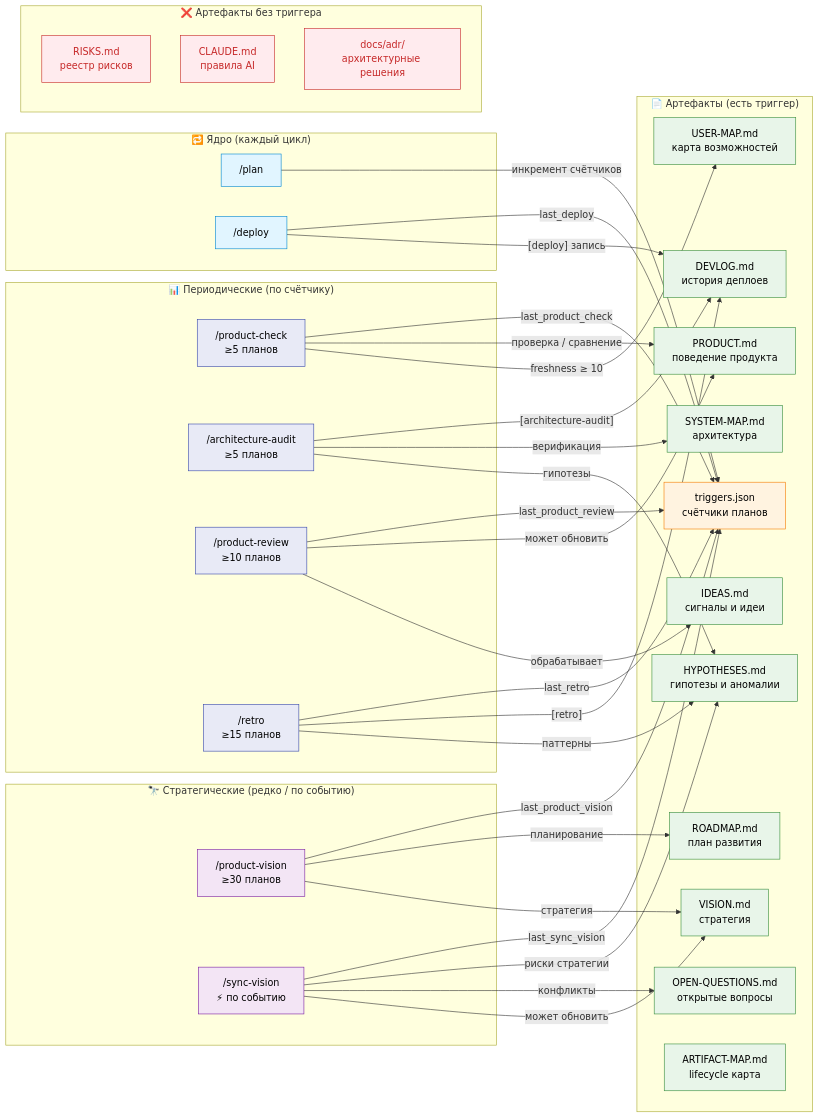
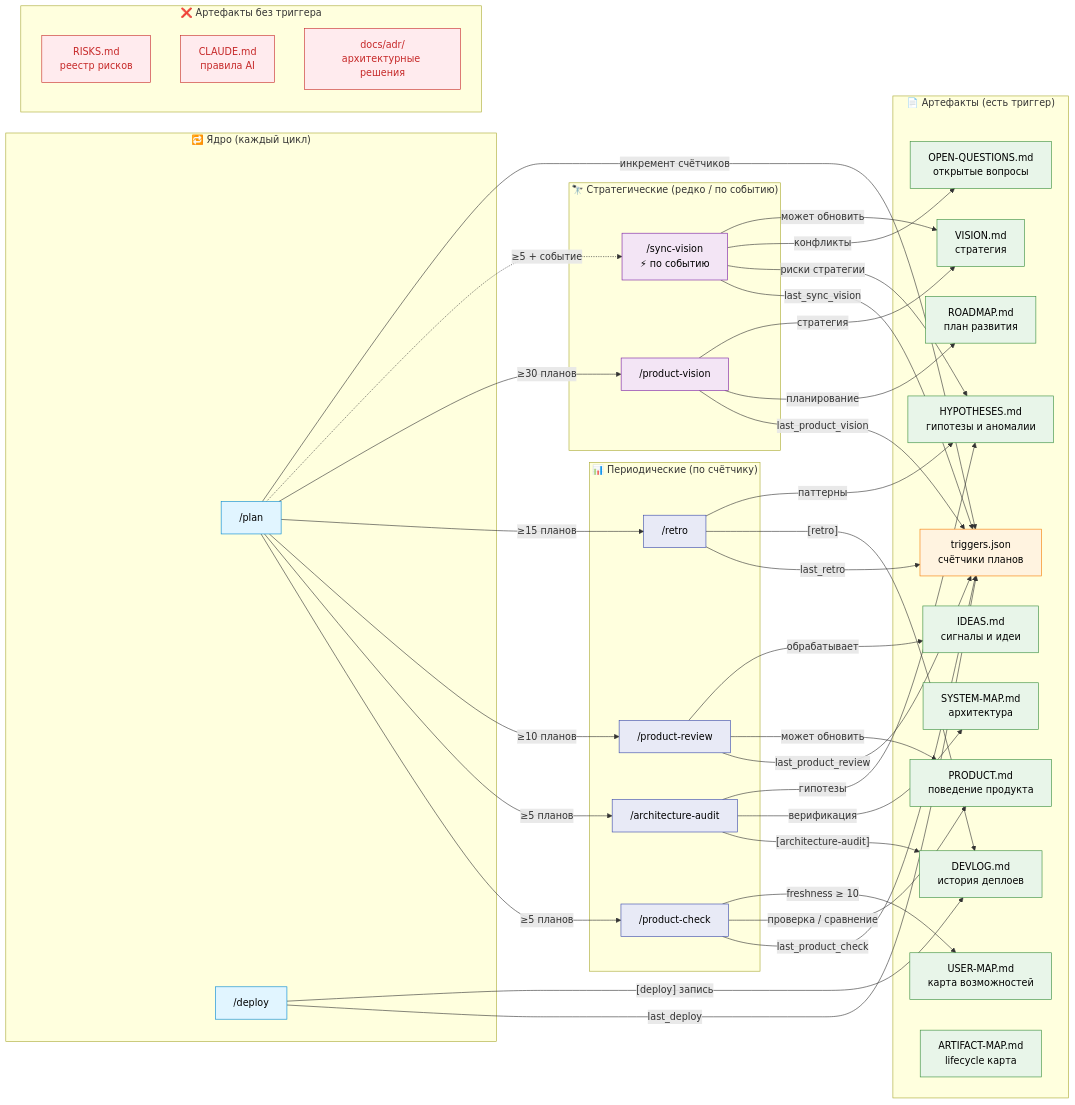
One commit to cait-solutions/it-dev-methodology changed the diagram in docs/product/ARTIFACT-MAP.md. Above: the diagram before and after it, drawn with Mermaid. The commit also changed 4 other files, not shown here.

````diff
--- a/docs/product/ARTIFACT-MAP.md
+++ b/docs/product/ARTIFACT-MAP.md
@@ -14,71 +14,78 @@
 ```mermaid
 graph LR
     classDef core fill:#e1f5ff,stroke:#0288d1,color:#000
     classDef periodic fill:#e8eaf6,stroke:#3949ab,color:#000
     classDef strategic fill:#f3e5f5,stroke:#7b1fa2,color:#000
     classDef ok fill:#e8f5e9,stroke:#388e3c,color:#000
     classDef gap fill:#ffebee,stroke:#c62828,color:#c62828
     classDef state fill:#fff3e0,stroke:#f57c00,color:#000
 
     subgraph CoreWF["🔁 Ядро (каждый цикл)"]
         Plan["/plan"]:::core
         Deploy["/deploy"]:::core
     end
 
     subgraph Periodic["📊 Периодические (по счётчику)"]
-        PCheck["/product-check<br/>≥5 планов"]:::periodic
-        Arch["/architecture-audit<br/>≥5 планов"]:::periodic
-        PReview["/product-review<br/>≥10 планов"]:::periodic
-        Retro["/retro<br/>≥15 планов"]:::periodic
+        PCheck["/product-check"]:::periodic
+        Arch["/architecture-audit"]:::periodic
+        PReview["/product-review"]:::periodic
+        Retro["/retro"]:::periodic
     end
 
     subgraph Strategic["🔭 Стратегические (редко / по событию)"]
-        PVision["/product-vision<br/>≥30 планов"]:::strategic
+        PVision["/product-vision"]:::strategic
         SyncV["/sync-vision<br/>⚡ по событию"]:::strategic
     end
 
     subgraph Live["📄 Артефакты (есть триггер)"]
         TJ["triggers.json<br/>счётчики планов"]:::state
         DL["DEVLOG.md<br/>история деплоев"]:::ok
         PM["PRODUCT.md<br/>поведение продукта"]:::ok
         UM["USER-MAP.md<br/>карта возможностей"]:::ok
         SM["SYSTEM-MAP.md<br/>архитектура"]:::ok
         HY["HYPOTHESES.md<br/>гипотезы и аномалии"]:::ok
         OQ["OPEN-QUESTIONS.md<br/>открытые вопросы"]:::ok
         ID["IDEAS.md<br/>сигналы и идеи"]:::ok
         RM["ROADMAP.md<br/>план развития"]:::ok
         VI["VISION.md<br/>стратегия"]:::ok
         AM["ARTIFACT-MAP.md<br/>lifecycle карта"]:::ok
     end
 
     subgraph Stale["❌ Артефакты без триггера"]
         RISKS["RISKS.md<br/>реестр рисков"]:::gap
         CLM["CLAUDE.md<br/>правила AI"]:::gap
         ADR["docs/adr/<br/>архитектурные решения"]:::gap
     end
+
+    Plan -->|"≥5 планов"| PCheck
+    Plan -->|"≥5 планов"| Arch
+    Plan -->|"≥10 планов"| PReview
+    Plan -->|"≥15 планов"| Retro
+    Plan -->|"≥30 планов"| PVision
+    Plan -.->|"≥5 + событие"| SyncV
 
     Plan -->|"инкремент счётчиков"| TJ
     Deploy -->|"last_deploy"| TJ
     PCheck -->|"last_product_check"| TJ
     PReview -->|"last_product_review"| TJ
     PVision -->|"last_product_vision"| TJ
     SyncV -->|"last_sync_vision"| TJ
     Retro -->|"last_retro"| TJ
 
     Deploy -->|"[deploy] запись"| DL
     Arch -->|"[architecture-audit]"| DL
     Retro -->|"[retro]"| DL
 
     PCheck -->|"проверка / сравнение"| PM
     PReview -->|"может обновить"| PM
     PCheck -->|"freshness ≥ 10"| UM
     Arch -->|"верификация"| SM
     Arch -->|"гипотезы"| HY
     Retro -->|"паттерны"| HY
     SyncV -->|"риски стратегии"| HY
     SyncV -->|"конфликты"| OQ
     PReview -->|"обрабатывает"| ID
     PVision -->|"планирование"| RM
     PVision -->|"стратегия"| VI
     SyncV -->|"может обновить"| VI
 ```
````
